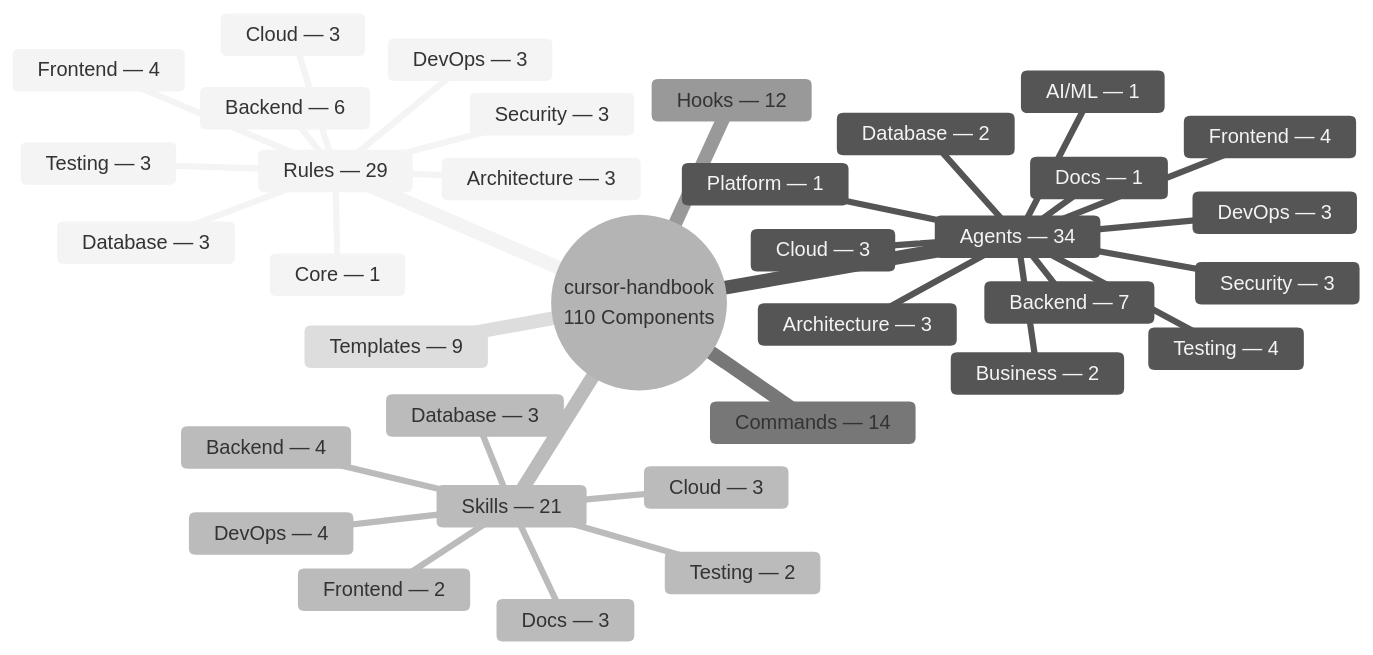
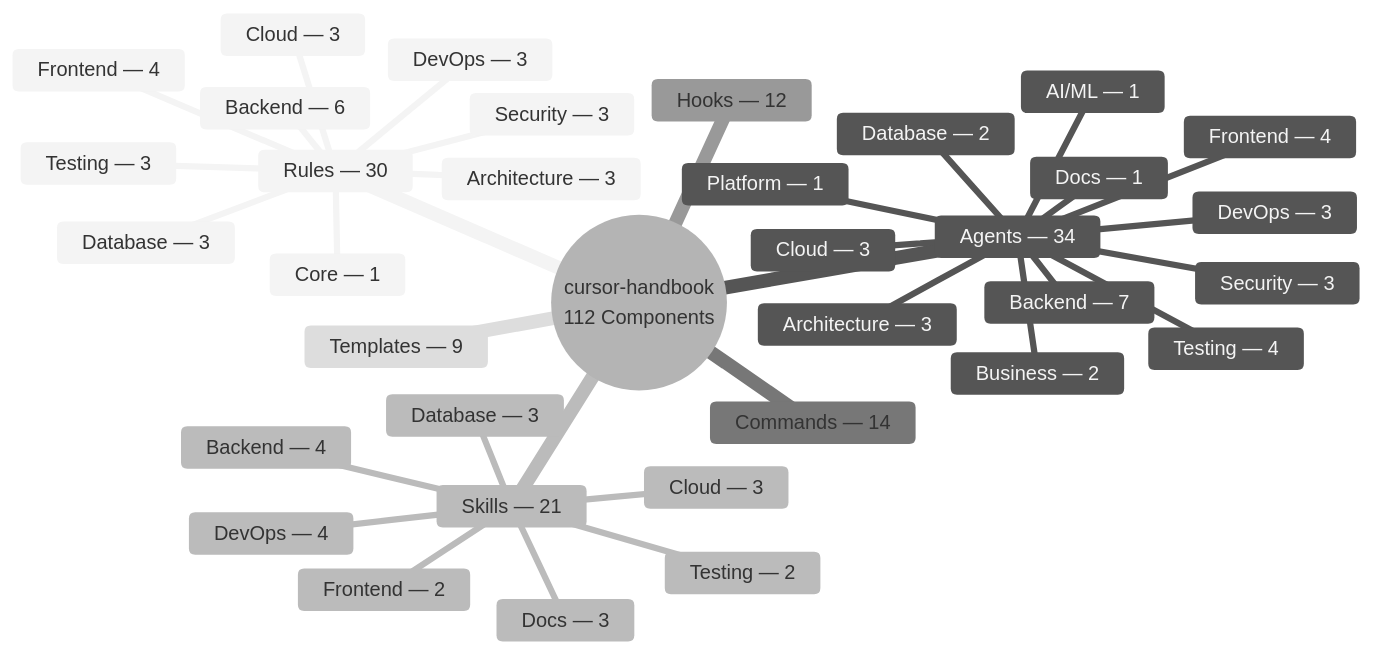
The second of 11 diagrams in README.md (girijashankarj/cursor-handbook), drawn with Mermaid before and after one commit. The commit also changed other lines of this file and 5 other files, not shown here.

````diff
--- a/README.md
+++ b/README.md
@@ -153,39 +153,39 @@
 ```mermaid
 %%{init: {'theme': 'neutral'}}%%
 mindmap
-  root((cursor-handbook<br/>110 Components))
-    Rules — 29
+  root((cursor-handbook<br/>112 Components))
+    Rules — 30
       Architecture — 3
       Backend — 6
       Frontend — 4
       Security — 3
       Database — 3
       Cloud — 3
       Testing — 3
       DevOps — 3
       Core — 1
     Agents — 34
       Architecture — 3
       Backend — 7
       Frontend — 4
       Testing — 4
       Database — 2
       Security — 3
       Cloud — 3
       DevOps — 3
       Business — 2
       AI/ML — 1
       Docs — 1
       Platform — 1
     Skills — 21
       Backend — 4
       Frontend — 2
       Testing — 2
       Database — 3
       Cloud — 3
       DevOps — 4
       Docs — 3
     Commands — 14
     Hooks — 12
     Templates — 9
 ```
````
